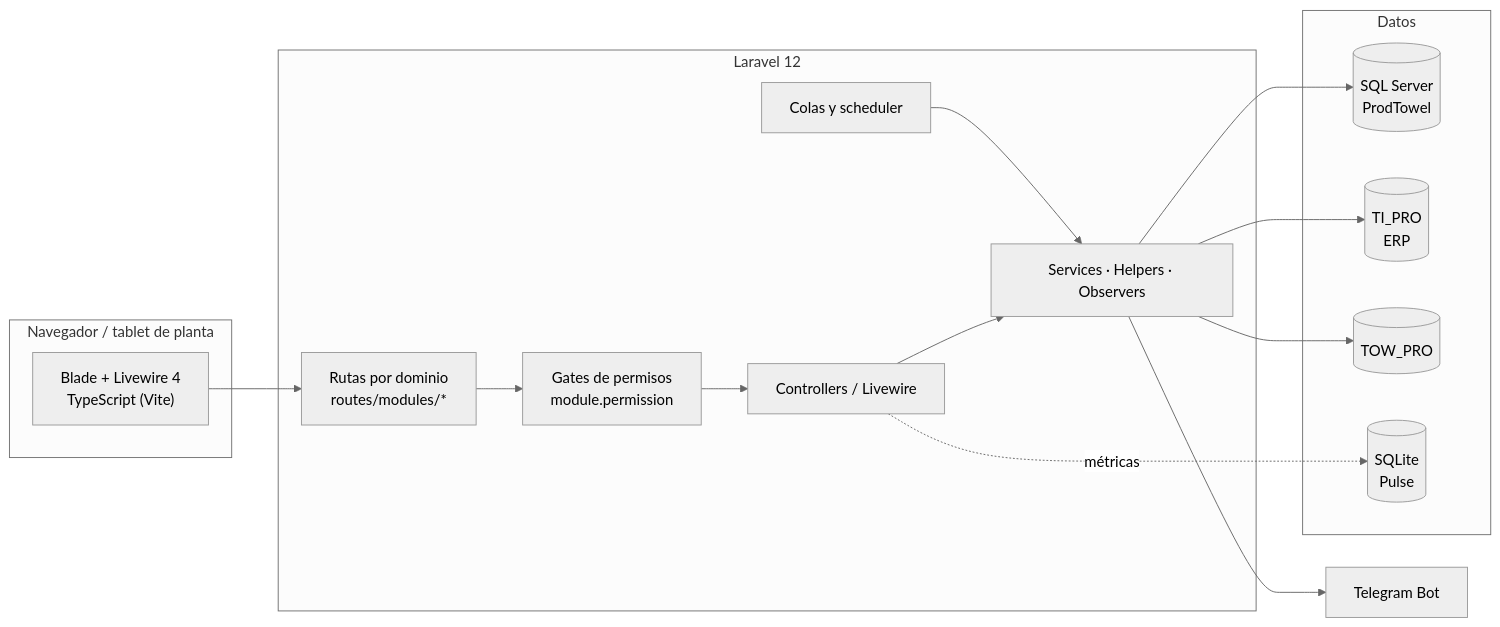
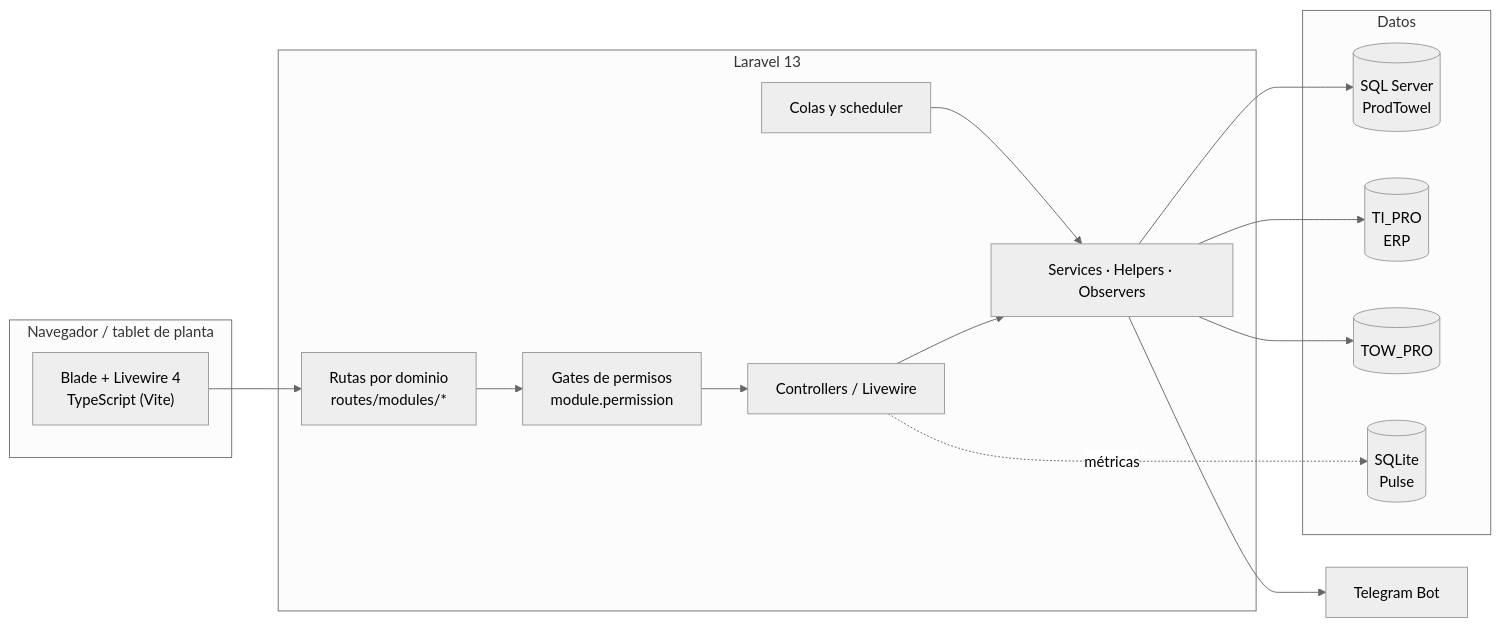
Before and after one commit to francosancheztowell/towell: the diagram in README.md, drawn with Mermaid (neutral theme). The commit also changed other lines of this file, not shown here.

Commit message:
README: badges y textos a PHP 8.3+ y Laravel 13

````diff
--- a/README.md
+++ b/README.md
@@ -69,31 +69,31 @@
 ```mermaid
 flowchart LR
     subgraph Cliente["Navegador / tablet de planta"]
         UI["Blade + Livewire 4<br/>TypeScript (Vite)"]
     end
 
-    subgraph App["Laravel 12"]
+    subgraph App["Laravel 13"]
         R["Rutas por dominio<br/>routes/modules/*"]
         G["Gates de permisos<br/>module.permission"]
         C["Controllers / Livewire"]
         S["Services · Helpers · Observers"]
         Q["Colas y scheduler"]
     end
 
     subgraph Datos
         DB[("SQL Server<br/>ProdTowel")]
         TI[("TI_PRO<br/>ERP")]
         TP[("TOW_PRO")]
         PL[("SQLite<br/>Pulse")]
     end
 
     TG["Telegram Bot"]
 
     UI --> R --> G --> C --> S
     S --> DB
     S --> TI
     S --> TP
     Q --> S
     S --> TG
     C -. métricas .-> PL
 ```
````
